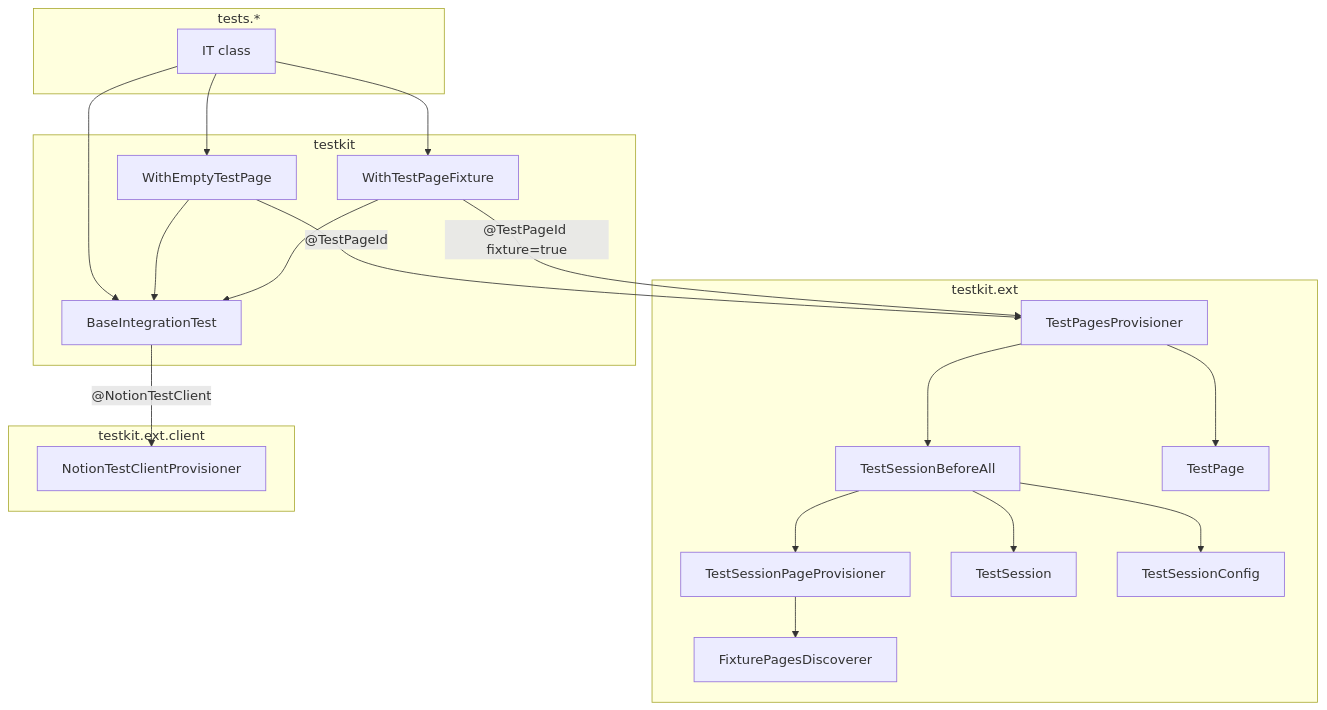
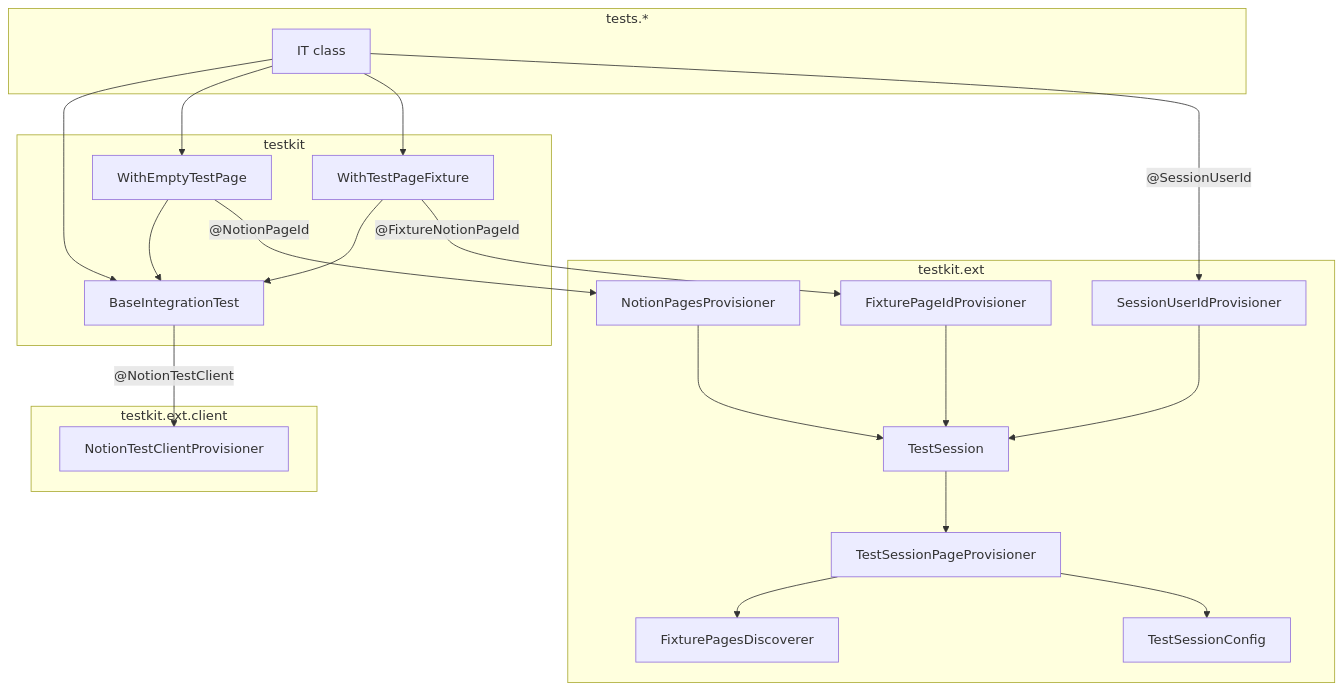
One commit to kristaxlab/notion-sdk changed the first of 4 diagrams in docs/internals/testkit.md. Above: the diagram before and after it, drawn with Mermaid. The commit also changed other lines of this file and 28 other files, not shown here.

````diff
--- a/docs/internals/testkit.md
+++ b/docs/internals/testkit.md
@@ -38,41 +41,42 @@
 ```mermaid
 flowchart TB
   subgraph tests["tests.*"]
     T["IT class"]
   end
 
   subgraph bases["testkit"]
     B["BaseIntegrationTest"]
     E["WithEmptyTestPage"]
     F["WithTestPageFixture"]
   end
 
   subgraph ext["testkit.ext"]
-    SBA["TestSessionBeforeAll"]
+    TS["TestSession"]
+    SUID["SessionUserIdProvisioner"]
+    TPP["NotionPagesProvisioner"]
+    FPP["FixturePageIdProvisioner"]
     SPP["TestSessionPageProvisioner"]
     FD["FixturePagesDiscoverer"]
-    TS["TestSession"]
     CFG["TestSessionConfig"]
-    TPP["TestPagesProvisioner"]
-    TPAGE["TestPage"]
   end
 
   subgraph client["testkit.ext.client"]
     NCP["NotionTestClientProvisioner"]
   end
 
   T --> B
   T --> E
   T --> F
   E --> B
   F --> B
   B -->|"@NotionTestClient"| NCP
-  E -->|"@TestPageId"| TPP
-  F -->|"@TestPageId fixture=true"| TPP
-  TPP --> SBA
-  TPP --> TPAGE
-  SBA --> SPP
+  T -->|"@SessionUserId"| SUID
+  E -->|"@NotionPageId"| TPP
+  F -->|"@FixtureNotionPageId"| FPP
+  SUID --> TS
+  TPP --> TS
+  FPP --> TS
+  TS --> SPP
   SPP --> FD
-  SBA --> TS
-  SBA --> CFG
+  SPP --> CFG
 ```
````
